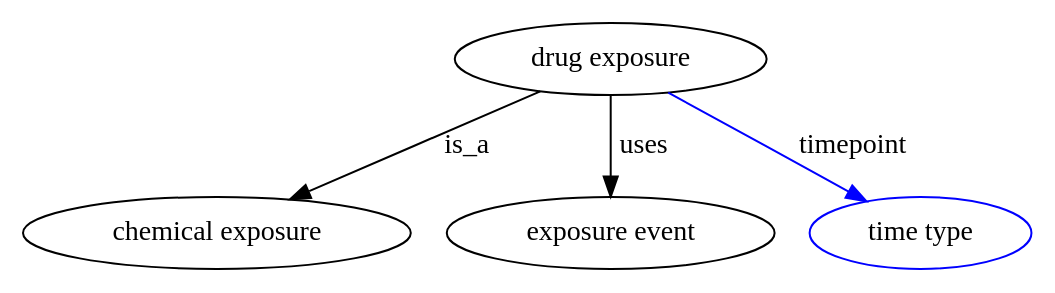
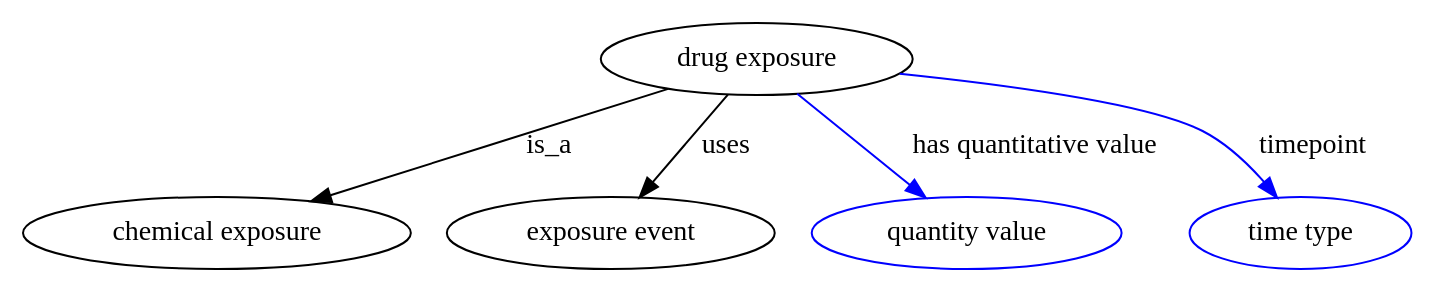
One commit to biolink/biolink-model changed the diagram in graphviz/drug_exposure.gv. Above: the diagram before and after it, drawn with Graphviz. The commit also changed 21 other files, not shown here.

```diff
--- a/graphviz/drug_exposure.gv
+++ b/graphviz/drug_exposure.gv
@@ -1,30 +1,40 @@
 digraph {
-	graph [bb="0,0,504.09,123"];
+	graph [bb="0,0,693.09,123"];
 	node [label="\N"];
 	"drug exposure"	[height=0.5,
 		label="drug exposure",
-		pos="293.84,105",
+		pos="365.84,105",
 		width=2.1665];
 	"chemical exposure"	[height=0.5,
 		pos="96.841,18",
 		width=2.69];
 	"drug exposure" -> "chemical exposure"	[label=is_a,
-		lp="221.84,61.5",
-		pos="e,133.42,34.785 258.62,88.804 226.35,74.88 178.37,54.176 143.03,38.93"];
+		lp="261.84,61.5",
+		pos="e,143.7,33.806 321.72,90.059 275.75,75.532 203.56,52.72 153.42,36.877"];
 	"exposure event"	[height=0.5,
 		pos="293.84,18",
 		width=2.2748];
 	"drug exposure" -> "exposure event"	[label=uses,
-		lp="310.34,61.5",
-		pos="e,293.84,36.175 293.84,86.799 293.84,75.163 293.84,59.548 293.84,46.237"];
+		lp="351.34,61.5",
+		pos="e,308.04,35.758 351.62,87.207 341.06,74.75 326.52,57.573 314.66,43.574"];
+	"has quantitative value"	[color=blue,
+		height=0.5,
+		label="quantity value",
+		pos="470.84,18",
+		width=2.1484];
+	"drug exposure" -> "has quantitative value"	[color=blue,
+		label="has quantitative value",
+		lp="504.84,61.5",
+		pos="e,450.3,35.629 386.09,87.611 402.11,74.642 424.67,56.377 442.49,41.953",
+		style=solid];
 	timepoint	[color=blue,
 		height=0.5,
 		label="time type",
-		pos="448.84,18",
+		pos="637.84,18",
 		width=1.5346];
 	"drug exposure" -> timepoint	[color=blue,
 		label=timepoint,
-		lp="415.84,61.5",
-		pos="e,421.76,33.85 322.63,88.211 348.12,74.236 385.42,53.78 412.86,38.729",
+		lp="643.84,61.5",
+		pos="e,626.09,35.696 437.38,97.687 492.32,91.934 563.02,82.3 588.84,69 600.66,62.913 611.32,52.901 619.66,43.428",
 		style=solid];
 }
```
